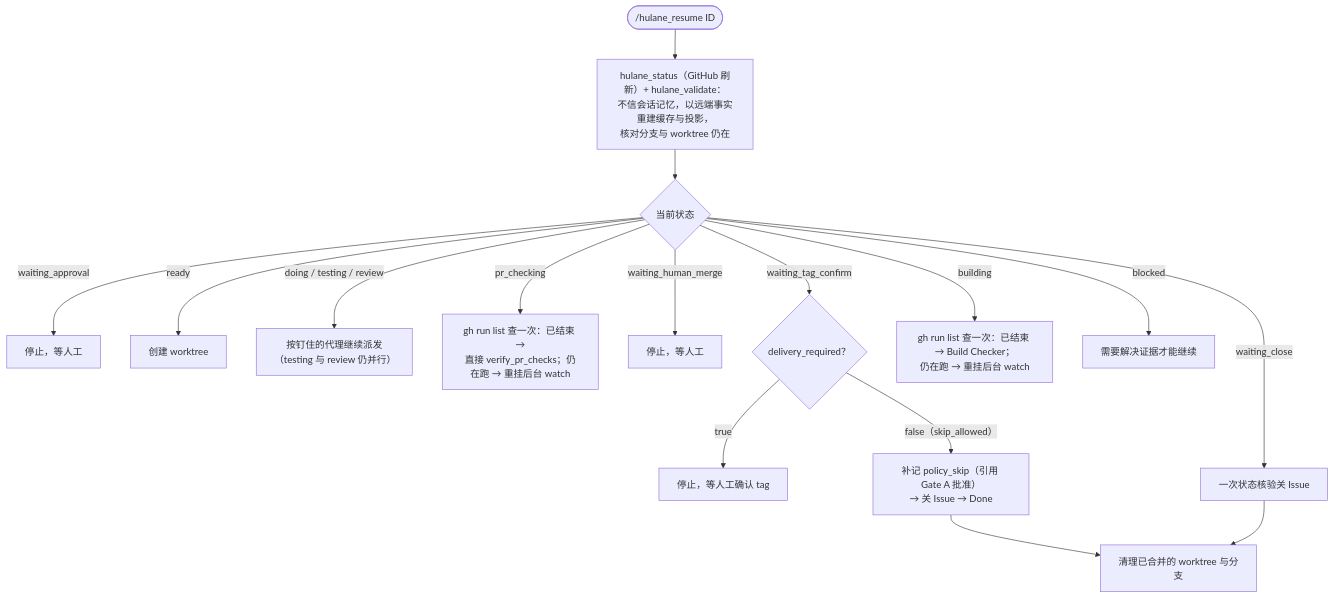
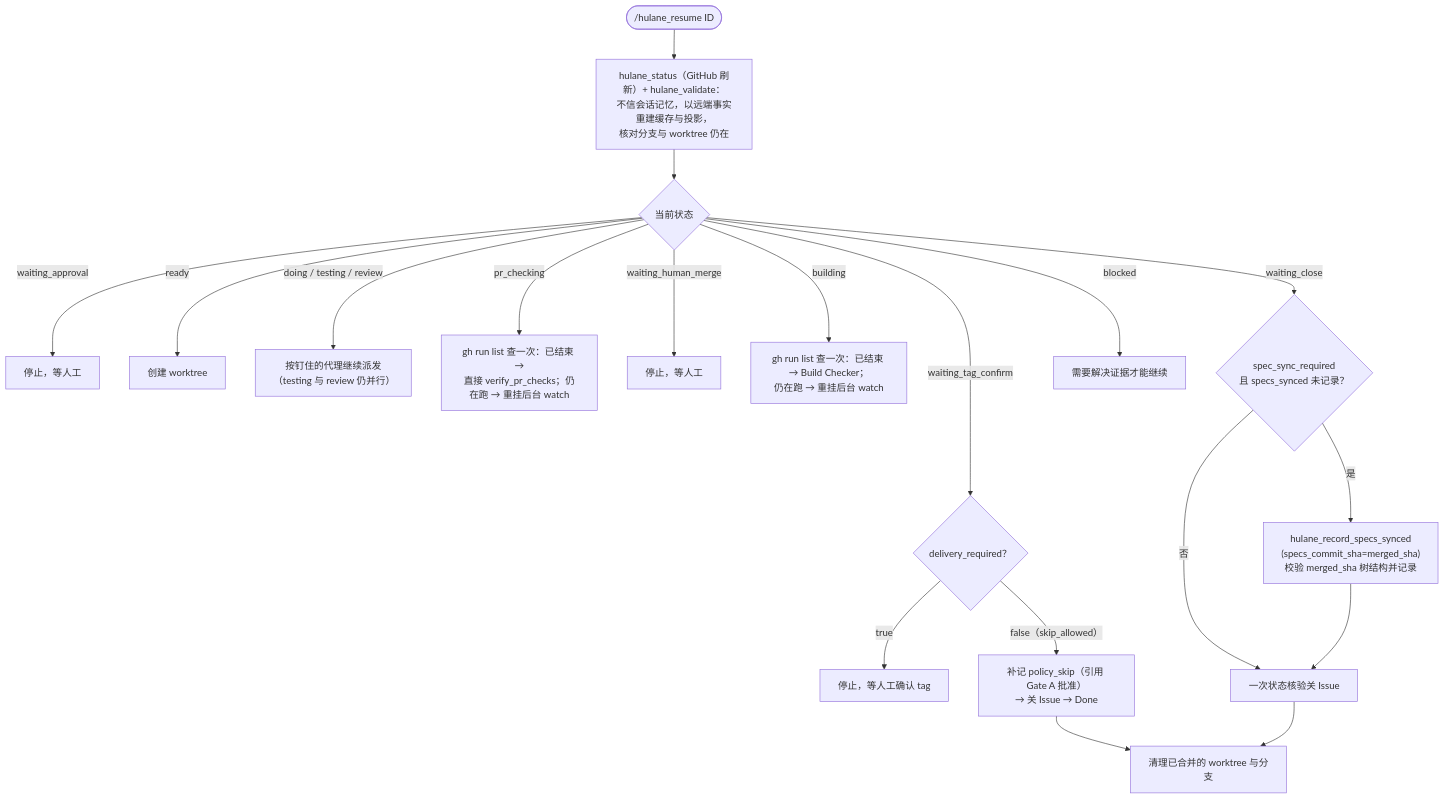
One commit to hutong236/hutong-zcode-marketplace changed the tenth of 10 diagrams in FLOWCHARTS.md. Above: the diagram before and after it, drawn with Mermaid. The commit also changed other lines of this file and 43 other files, not shown here.

First line of the commit message:
feat(hulane): 原生能力规格层，specs_synced 状态机强制（V3.6.0）

````diff
--- a/FLOWCHARTS.md
+++ b/FLOWCHARTS.md
@@ -223,18 +247,21 @@
 ```mermaid
 flowchart TD
   R(["/hulane_resume ID"]) --> ST["hulane_status（GitHub 刷新）+ hulane_validate：<br>不信会话记忆，以远端事实重建缓存与投影，<br>核对分支与 worktree 仍在"]
   ST --> B{"当前状态"}
   B -->|"waiting_approval"| S1["停止，等人工"]
   B -->|"ready"| S2["创建 worktree"]
   B -->|"doing / testing / review"| S3["按钉住的代理继续派发<br>（testing 与 review 仍并行）"]
   B -->|"pr_checking"| S4["gh run list 查一次：已结束 →<br>直接 verify_pr_checks；仍在跑 → 重挂后台 watch"]
   B -->|"waiting_human_merge"| S5["停止，等人工"]
   B -->|"waiting_tag_confirm"| S6{"delivery_required？"}
   S6 -->|"true"| S7["停止，等人工确认 tag"]
   S6 -->|"false（skip_allowed）"| S8["补记 policy_skip（引用 Gate A 批准）<br>→ 关 Issue → Done"]
   B -->|"building"| S9["gh run list 查一次：已结束 → Build Checker；<br>仍在跑 → 重挂后台 watch"]
-  B -->|"waiting_close"| S10["一次状态核验关 Issue"]
+  B -->|"waiting_close"| S9a{"spec_sync_required<br>且 specs_synced 未记录？"}
+  S9a -->|"是"| S9b["hulane_record_specs_synced<br>(specs_commit_sha=merged_sha)<br>校验 merged_sha 树结构并记录"]
+  S9a -->|"否"| S10["一次状态核验关 Issue"]
+  S9b --> S10
   B -->|"blocked"| S11["需要解决证据才能继续"]
   S8 --> HK["清理已合并的 worktree 与分支"]
   S10 --> HK
 ```
````
